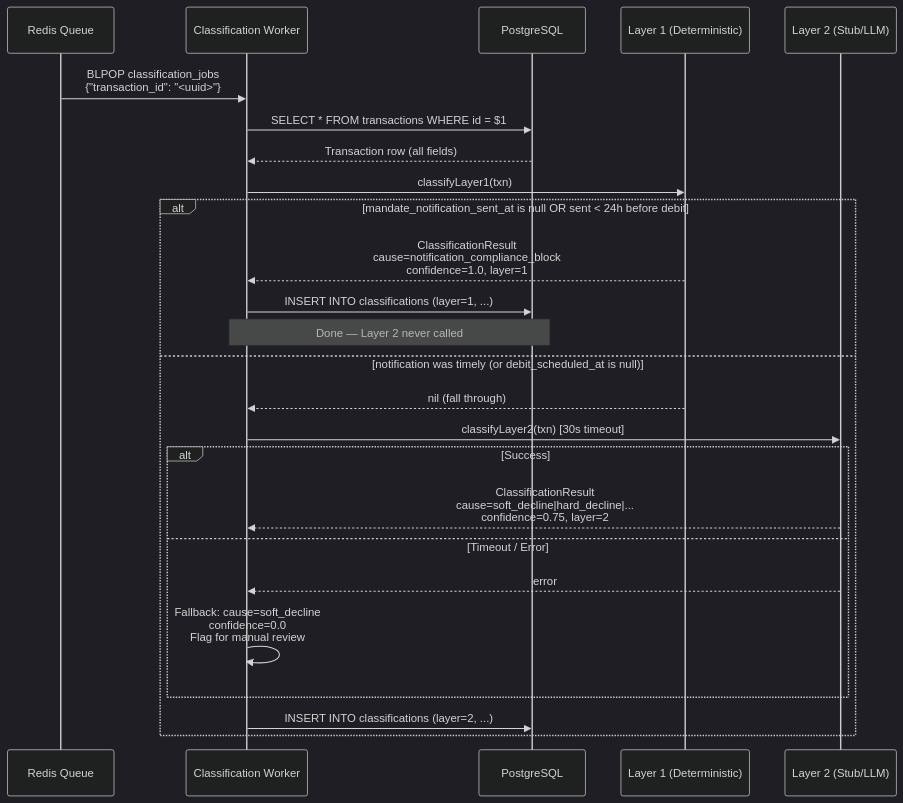
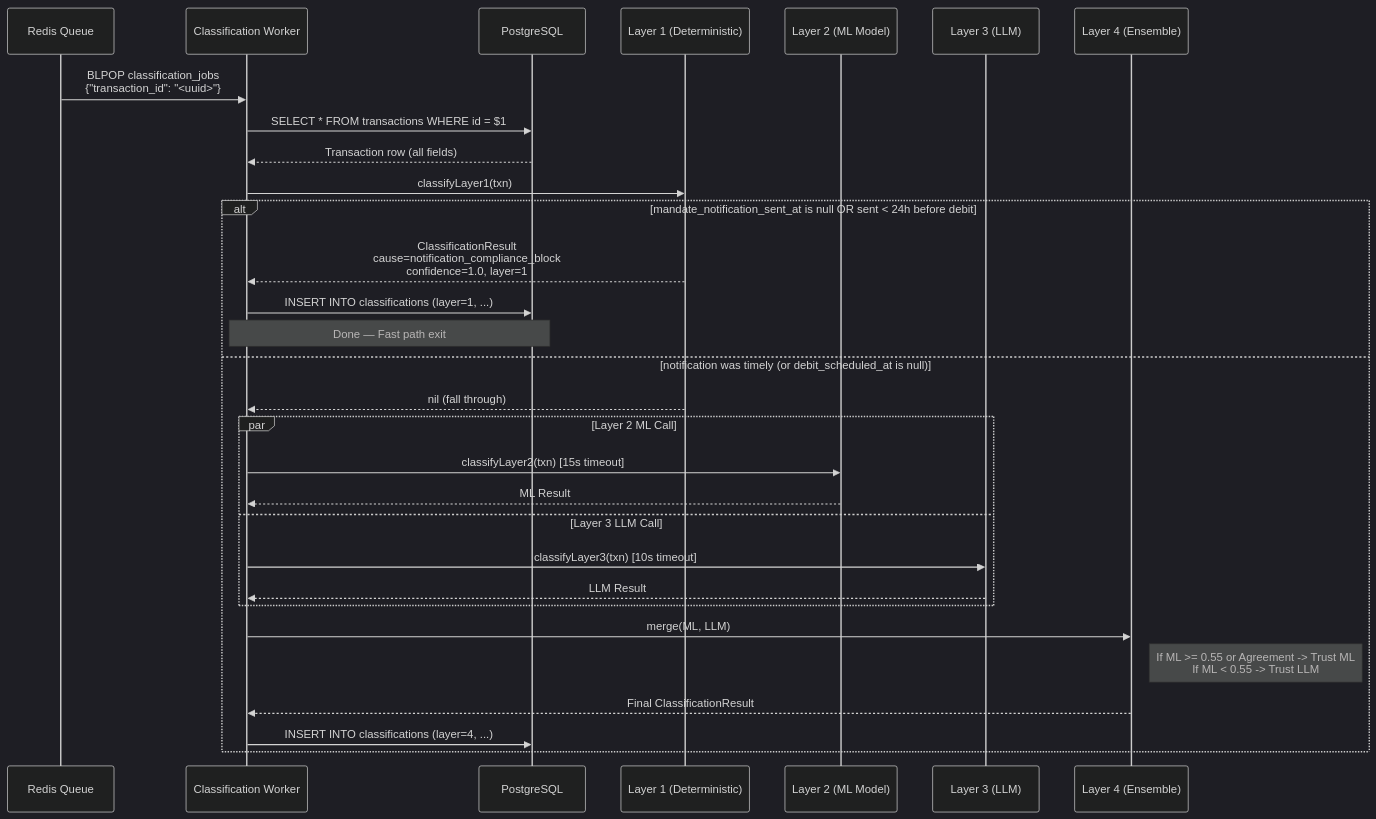
One commit to Dustu103/Razorpay changed the diagram in docs/services/classification-service/flow.md. Above: the diagram before and after it, drawn with Mermaid (dark theme). The commit also changed other lines of this file and 2 other files, not shown here.

Commit message:
Update classification service docs to reflect 4-Layer architecture and 95% test results

````diff
--- a/docs/services/classification-service/flow.md
+++ b/docs/services/classification-service/flow.md
@@ -10,34 +10,39 @@
 ```mermaid
 sequenceDiagram
     participant RQ as Redis Queue
     participant CW as Classification Worker
     participant PG as PostgreSQL
     participant L1 as Layer 1 (Deterministic)
-    participant L2 as Layer 2 (Stub/LLM)
+    participant L2 as Layer 2 (ML Model)
+    participant L3 as Layer 3 (LLM)
+    participant L4 as Layer 4 (Ensemble)
 
     RQ->>CW: BLPOP classification_jobs<br/>{"transaction_id": "<uuid>"}
 
     CW->>PG: SELECT * FROM transactions WHERE id = $1
     PG-->>CW: Transaction row (all fields)
 
     CW->>L1: classifyLayer1(txn)
 
     alt mandate_notification_sent_at is null OR sent < 24h before debit
         L1-->>CW: ClassificationResult<br/>cause=notification_compliance_block<br/>confidence=1.0, layer=1
         CW->>PG: INSERT INTO classifications (layer=1, ...)
-        Note over CW,PG: Done — Layer 2 never called
+        Note over CW,PG: Done — Fast path exit
     else notification was timely (or debit_scheduled_at is null)
         L1-->>CW: nil (fall through)
 
-        CW->>L2: classifyLayer2(txn) [30s timeout]
-
-        alt Success
-            L2-->>CW: ClassificationResult<br/>cause=soft_decline|hard_decline|...<br/>confidence=0.75, layer=2
-        else Timeout / Error
-            L2-->>CW: error
-            CW->>CW: Fallback: cause=soft_decline<br/>confidence=0.0<br/>Flag for manual review
+        par Layer 2 ML Call
+            CW->>L2: classifyLayer2(txn) [15s timeout]
+            L2-->>CW: ML Result
+        and Layer 3 LLM Call
+            CW->>L3: classifyLayer3(txn) [10s timeout]
+            L3-->>CW: LLM Result
         end
 
-        CW->>PG: INSERT INTO classifications (layer=2, ...)
+        CW->>L4: merge(ML, LLM)
+        Note right of L4: If ML >= 0.55 or Agreement -> Trust ML<br/>If ML < 0.55 -> Trust LLM
+
+        L4-->>CW: Final ClassificationResult
+        CW->>PG: INSERT INTO classifications (layer=4, ...)
     end
 ```
````
